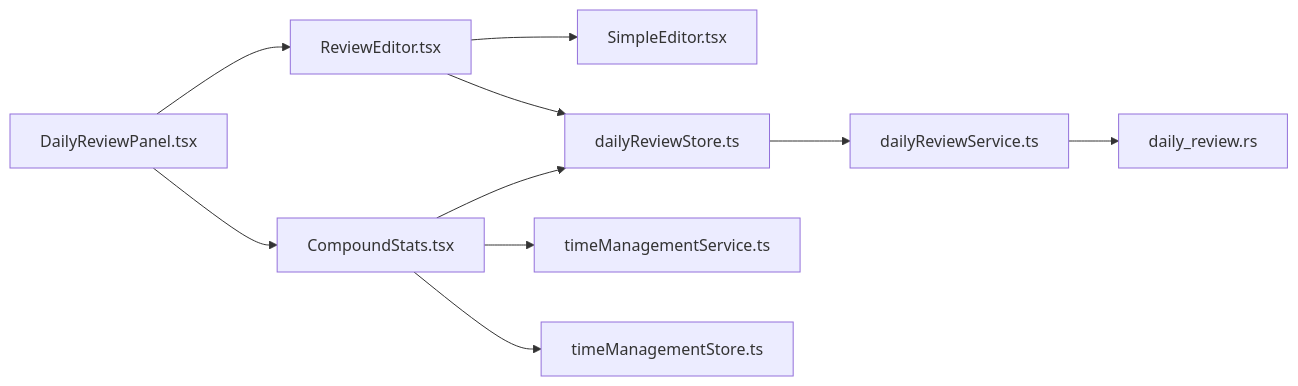
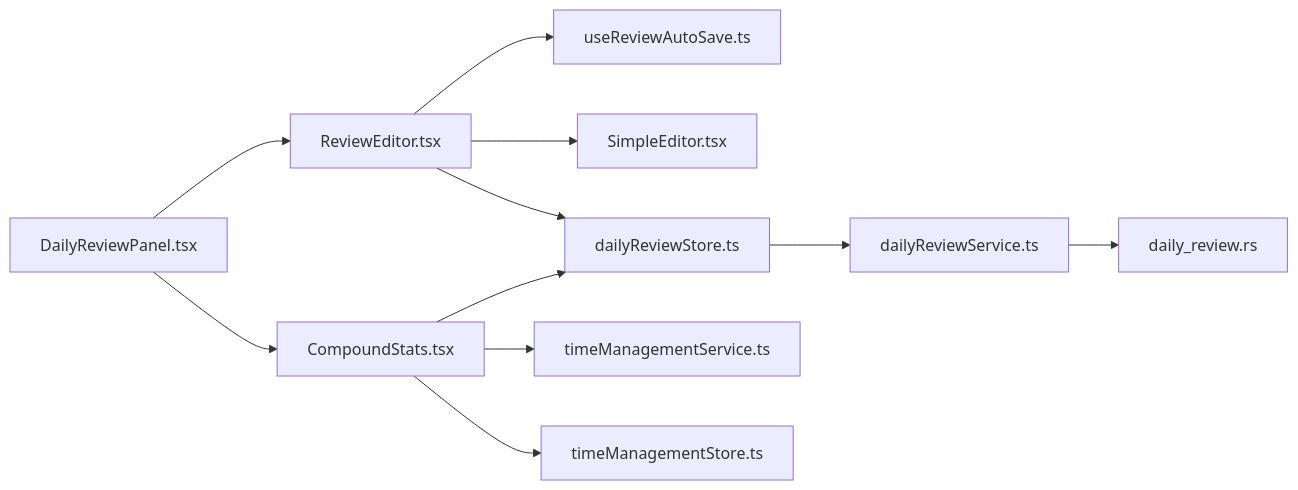
Diagram 12 of 12 in .qoder/repowiki/zh/content/核心功能模块/每日回顾系统.md (gzdxhujiale/FishWorker), drawn with Mermaid before and after one commit. The commit also changed other lines of this file and 41 other files, not shown here.

````diff
--- a/.qoder/repowiki/zh/content/核心功能模块/每日回顾系统.md
+++ b/.qoder/repowiki/zh/content/核心功能模块/每日回顾系统.md
@@ -417,12 +506,13 @@
 ```mermaid
 graph LR
 DRP["DailyReviewPanel.tsx"] --> RE["ReviewEditor.tsx"]
 DRP --> CS["CompoundStats.tsx"]
+RE --> UAS["useReviewAutoSave.ts"]
 RE --> SE["SimpleEditor.tsx"]
 RE --> DRS["dailyReviewStore.ts"]
 CS --> DRS
 DRS --> DRC["dailyReviewService.ts"]
 DRC --> DR_RS["daily_review.rs"]
 CS --> TMSV["timeManagementService.ts"]
 CS --> TMST["timeManagementStore.ts"]
 ```
````
